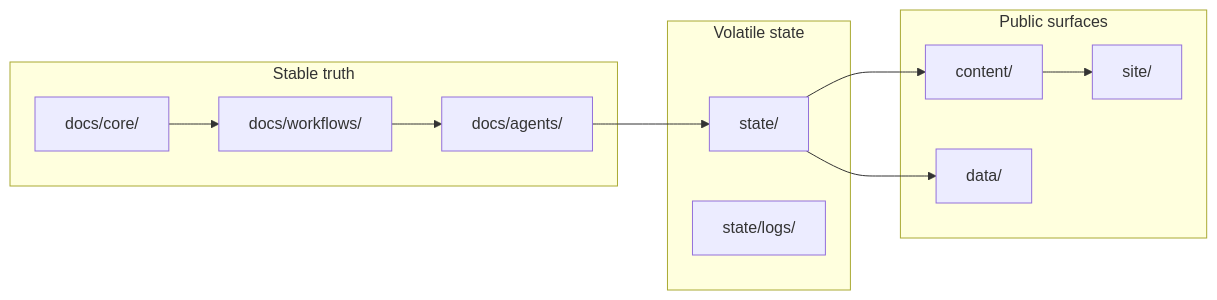
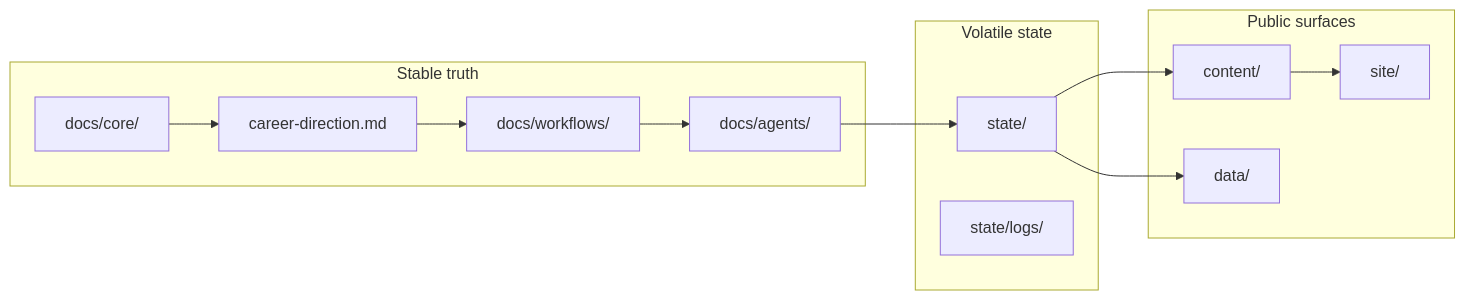
One commit to DidacLL/AgenticCareerBoost changed the diagram in README.md. Above: the diagram before and after it, drawn with Mermaid. The commit also changed other lines of this file, not shown here.

Commit message:
Clarify repository entrypoint and career direction

````diff
--- a/README.md
+++ b/README.md
@@ -70,23 +82,24 @@
 ```mermaid
 flowchart LR
     subgraph truth [Stable truth]
         Core[docs/core/]
+        Direction[career-direction.md]
         WF[docs/workflows/]
         Roles[docs/agents/]
     end
     subgraph volatile [Volatile state]
         State[state/]
         Logs[state/logs/]
     end
     subgraph outputs [Public surfaces]
         Content[content/]
         Site[site/]
         Data[data/]
     end
 
-    Core --> WF --> Roles
+    Core --> Direction --> WF --> Roles
     Roles --> State
     State --> Content
     Content --> Site
     State --> Data
 ```
````
